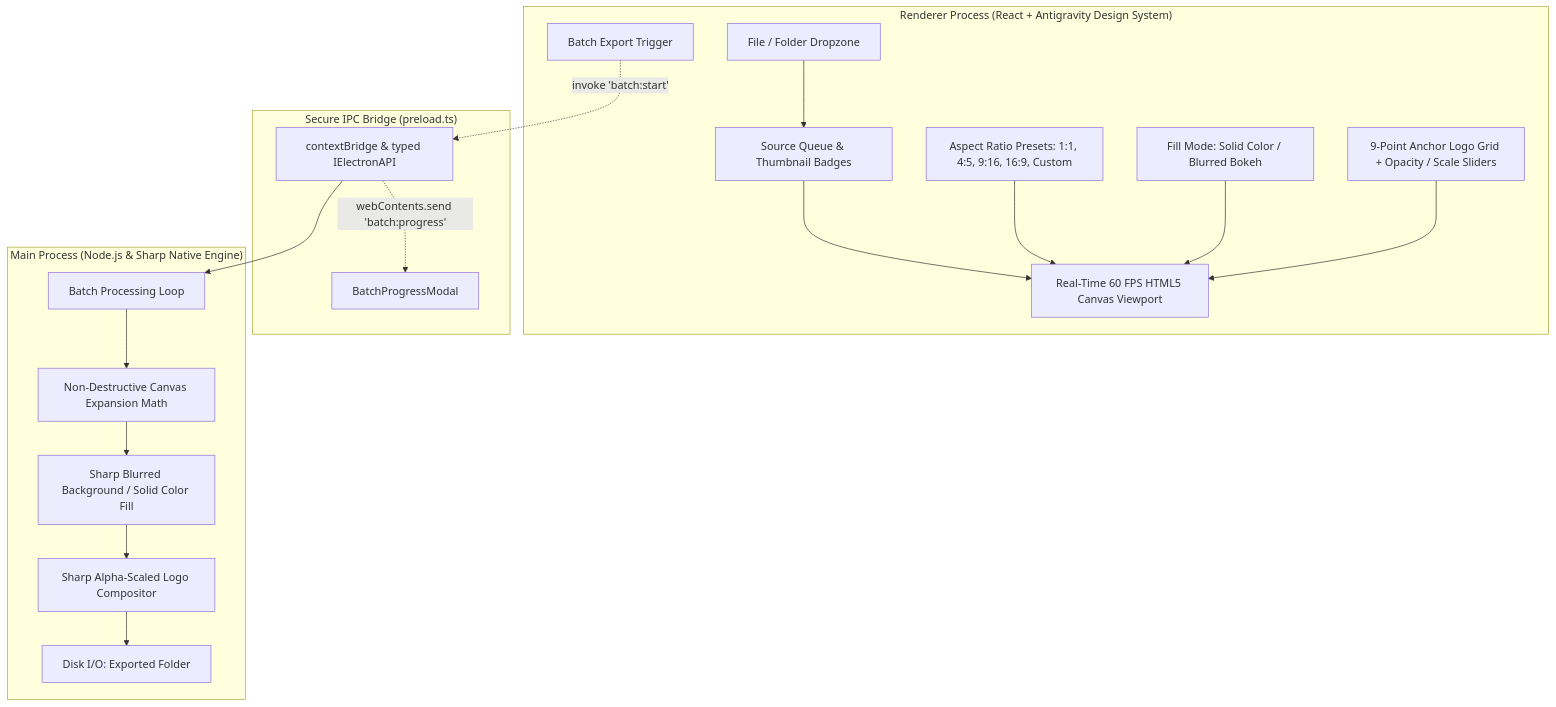
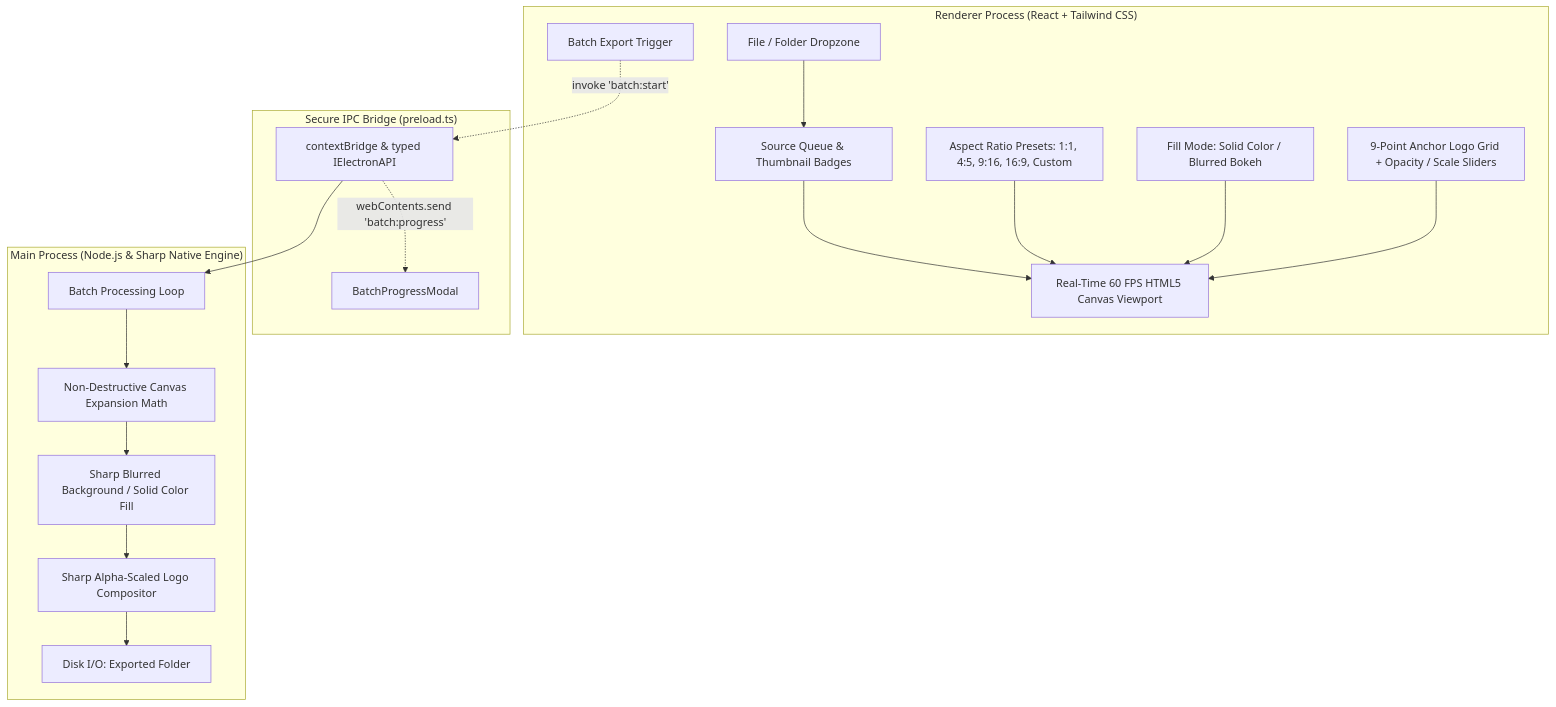
Before and after one commit to NipunaC95/Photoframer: the diagram in README.md, drawn with Mermaid. The commit also changed other lines of this file and 6 other files, not shown here.

````diff
--- a/README.md
+++ b/README.md
@@ -11,24 +11,24 @@
 ```mermaid
 flowchart TD
-    subgraph UI["Renderer Process (React + Antigravity Design System)"]
+    subgraph UI["Renderer Process (React + Tailwind CSS)"]
         A[File / Folder Dropzone] --> B[Source Queue & Thumbnail Badges]
         B --> C[Real-Time 60 FPS HTML5 Canvas Viewport]
         D[Aspect Ratio Presets: 1:1, 4:5, 9:16, 16:9, Custom] --> C
         E[Fill Mode: Solid Color / Blurred Bokeh] --> C
         F[9-Point Anchor Logo Grid + Opacity / Scale Sliders] --> C
         G[Batch Export Trigger]
     end
 
     subgraph IPC["Secure IPC Bridge (preload.ts)"]
         G -.->|invoke 'batch:start'| H[contextBridge & typed IElectronAPI]
         H -.->|webContents.send 'batch:progress'| I[BatchProgressModal]
     end
 
     subgraph Native["Main Process (Node.js & Sharp Native Engine)"]
         H --> J[Batch Processing Loop]
         J --> K[Non-Destructive Canvas Expansion Math]
         K --> L[Sharp Blurred Background / Solid Color Fill]
         L --> M[Sharp Alpha-Scaled Logo Compositor]
         M --> N[Disk I/O: Exported Folder]
     end
 ```
````
